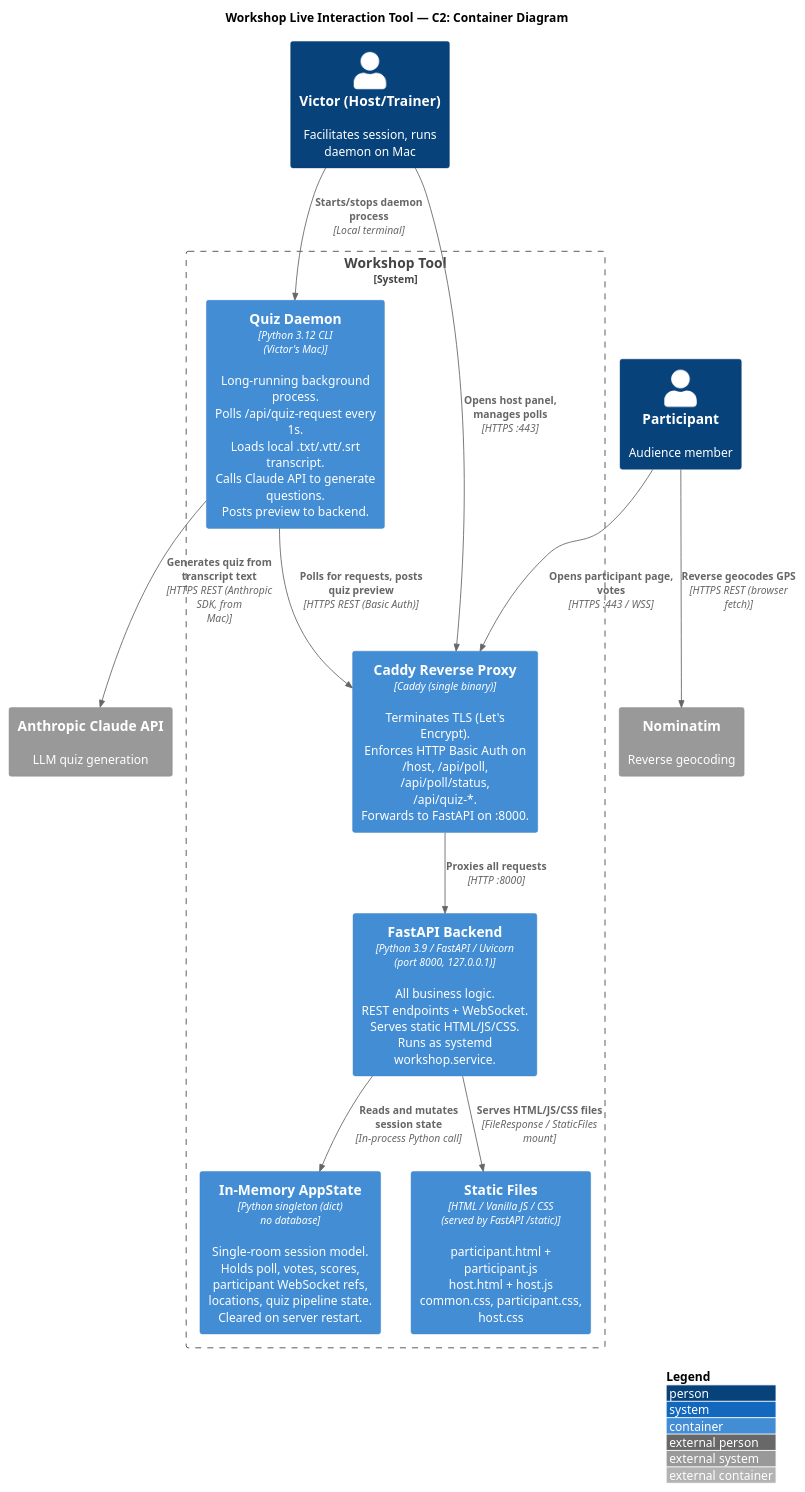
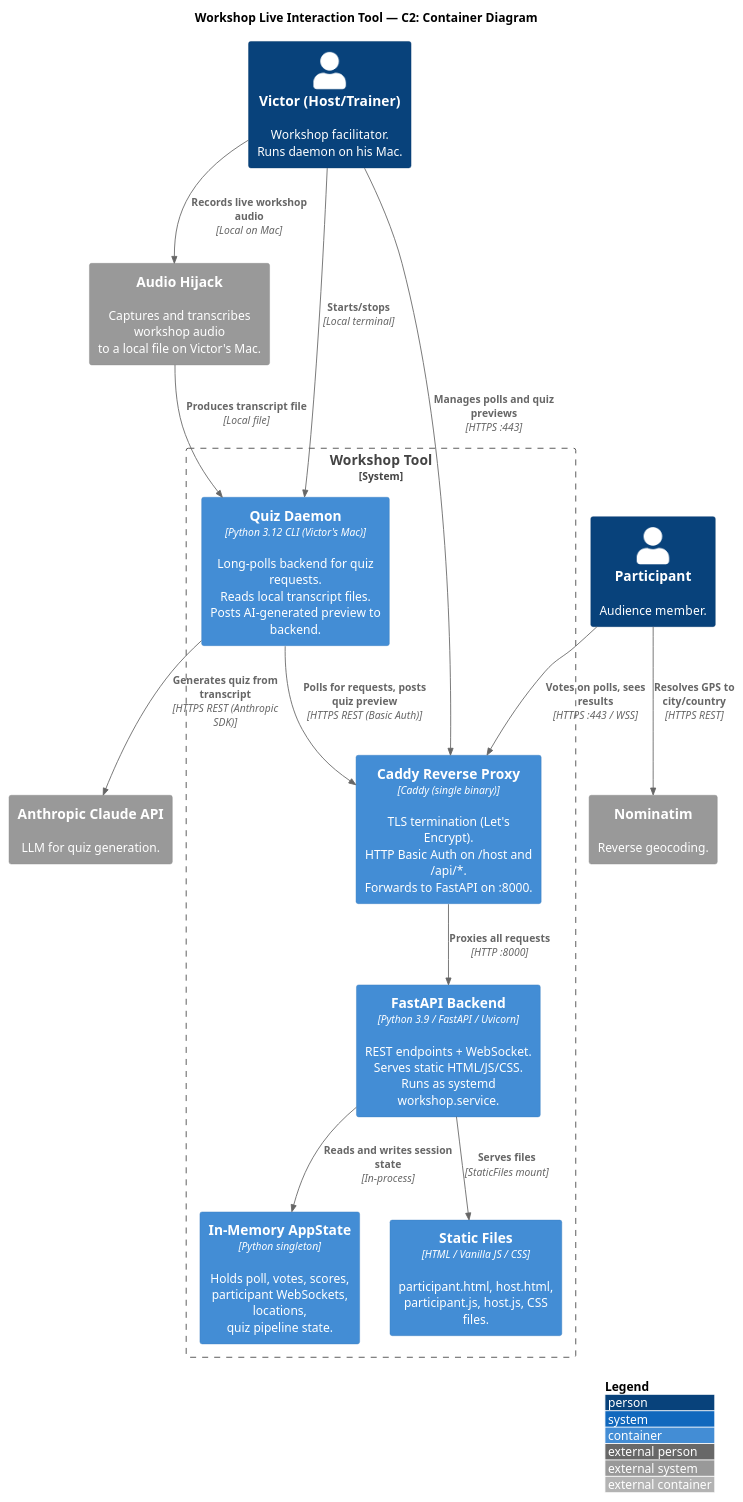
One commit to victorrentea/training-assistant changed the diagram in adoc/c4_c2_containers.puml. Above: the diagram before and after it, drawn with PlantUML. The commit also changed 2 other files, not shown here.

Commit message:
docs: reduce actor/arrow description redundancy in C4 diagrams; add Audio Hijack
- Remove overlap between Person/System descriptions and relationship labels
- Add Audio Hijack as external system that produces the transcription file
- Wire Audio Hijack → Quiz Daemon in C1 and C2

```diff
--- a/adoc/c4_c2_containers.puml
+++ b/adoc/c4_c2_containers.puml
@@ -1,37 +1,40 @@
 @startuml C2_Containers
 !include <C4/C4_Container>
 
 title Workshop Live Interaction Tool — C2: Container Diagram
 
 LAYOUT_WITH_LEGEND()
 
-Person(victor, "Victor (Host/Trainer)", "Facilitates session, runs daemon on Mac")
-Person(participant, "Participant", "Audience member")
+Person(victor, "Victor (Host/Trainer)", "Workshop facilitator.\nRuns daemon on his Mac.")
+Person(participant, "Participant", "Audience member.")
 
-System_Ext(claude_api, "Anthropic Claude API", "LLM quiz generation")
-System_Ext(nominatim, "Nominatim", "Reverse geocoding")
+System_Ext(audio_hijack, "Audio Hijack", "Captures and transcribes workshop audio\nto a local file on Victor's Mac.")
+System_Ext(claude_api, "Anthropic Claude API", "LLM for quiz generation.")
+System_Ext(nominatim, "Nominatim", "Reverse geocoding.")
 
 System_Boundary(workshop, "Workshop Tool") {
 
-    Container(caddy, "Caddy Reverse Proxy", "Caddy (single binary)", "Terminates TLS (Let's Encrypt).\nEnforces HTTP Basic Auth on\n/host, /api/poll, /api/poll/status,\n/api/quiz-*.\nForwards to FastAPI on :8000.")
+    Container(caddy, "Caddy Reverse Proxy", "Caddy (single binary)", "TLS termination (Let's Encrypt).\nHTTP Basic Auth on /host and /api/*.\nForwards to FastAPI on :8000.")
 
-    Container(fastapi, "FastAPI Backend", "Python 3.9 / FastAPI / Uvicorn\n(port 8000, 127.0.0.1)", "All business logic.\nREST endpoints + WebSocket.\nServes static HTML/JS/CSS.\nRuns as systemd workshop.service.")
+    Container(fastapi, "FastAPI Backend", "Python 3.9 / FastAPI / Uvicorn", "REST endpoints + WebSocket.\nServes static HTML/JS/CSS.\nRuns as systemd workshop.service.")
 
-    Container(appstate, "In-Memory AppState", "Python singleton (dict)\nno database", "Single-room session model.\nHolds poll, votes, scores,\nparticipant WebSocket refs,\nlocations, quiz pipeline state.\nCleared on server restart.")
+    Container(appstate, "In-Memory AppState", "Python singleton", "Holds poll, votes, scores,\nparticipant WebSockets, locations,\nquiz pipeline state.")
 
-    Container(static_files, "Static Files", "HTML / Vanilla JS / CSS\n(served by FastAPI /static)", "participant.html + participant.js\nhost.html + host.js\ncommon.css, participant.css, host.css")
+    Container(static_files, "Static Files", "HTML / Vanilla JS / CSS", "participant.html, host.html,\nparticipant.js, host.js, CSS files.")
 
-    Container(quiz_daemon, "Quiz Daemon", "Python 3.12 CLI\n(Victor's Mac)", "Long-running background process.\nPolls /api/quiz-request every 1s.\nLoads local .txt/.vtt/.srt transcript.\nCalls Claude API to generate questions.\nPosts preview to backend.")
+    Container(quiz_daemon, "Quiz Daemon", "Python 3.12 CLI (Victor's Mac)", "Long-polls backend for quiz requests.\nReads local transcript files.\nPosts AI-generated preview to backend.")
 }
 
-Rel(victor, caddy, "Opens host panel, manages polls", "HTTPS :443")
-Rel(participant, caddy, "Opens participant page, votes", "HTTPS :443 / WSS")
-Rel(victor, quiz_daemon, "Starts/stops daemon process", "Local terminal")
+Rel(victor, audio_hijack, "Records live workshop audio", "Local on Mac")
+Rel(audio_hijack, quiz_daemon, "Produces transcript file", "Local file")
+Rel(victor, caddy, "Manages polls and quiz previews", "HTTPS :443")
+Rel(participant, caddy, "Votes on polls, sees results", "HTTPS :443 / WSS")
+Rel(victor, quiz_daemon, "Starts/stops", "Local terminal")
 Rel(caddy, fastapi, "Proxies all requests", "HTTP :8000")
-Rel(fastapi, appstate, "Reads and mutates session state", "In-process Python call")
-Rel(fastapi, static_files, "Serves HTML/JS/CSS files", "FileResponse / StaticFiles mount")
+Rel(fastapi, appstate, "Reads and writes session state", "In-process")
+Rel(fastapi, static_files, "Serves files", "StaticFiles mount")
 Rel(quiz_daemon, caddy, "Polls for requests, posts quiz preview", "HTTPS REST (Basic Auth)")
-Rel(quiz_daemon, claude_api, "Generates quiz from transcript text", "HTTPS REST (Anthropic SDK, from Mac)")
-Rel(participant, nominatim, "Reverse geocodes GPS", "HTTPS REST (browser fetch)")
+Rel(quiz_daemon, claude_api, "Generates quiz from transcript", "HTTPS REST (Anthropic SDK)")
+Rel(participant, nominatim, "Resolves GPS to city/country", "HTTPS REST")
 
 @enduml
```
